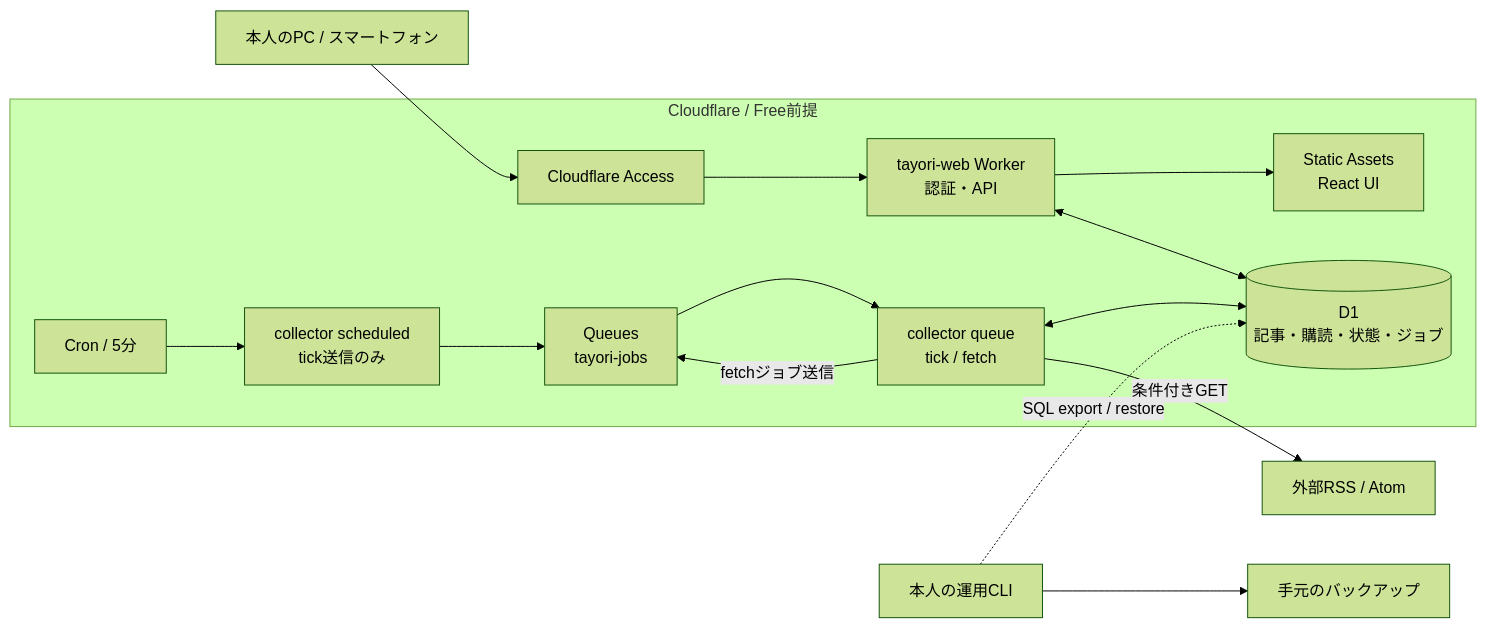
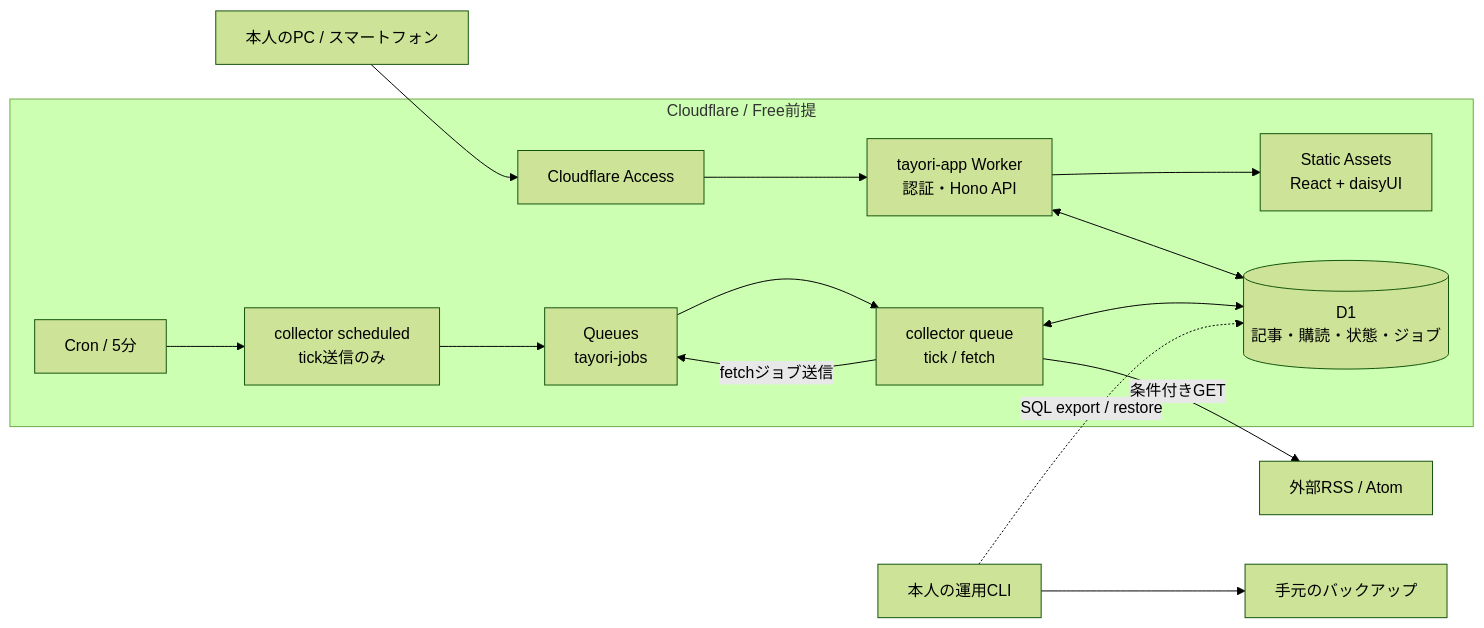
Before and after one commit to moz-sec/tayori: the diagram in docs/03-architecture.md, drawn with Mermaid (forest theme). The commit also changed other lines of this file and 42 other files, not shown here.

````diff
--- a/docs/03-architecture.md
+++ b/docs/03-architecture.md
@@ -7,23 +7,23 @@
 ```mermaid
 flowchart LR
     U["本人のPC / スマートフォン"] --> A["Cloudflare Access"]
     subgraph CF["Cloudflare / Free前提"]
-        A --> W["tayori-web Worker
-認証・API"]
+        A --> W["tayori-app Worker
+認証・Hono API"]
         W --> S["Static Assets
-React UI"]
+React + daisyUI"]
         W <--> D[("D1
 記事・購読・状態・ジョブ")]
         C["Cron / 5分"] --> H["collector scheduled
 tick送信のみ"]
         H --> Q["Queues
 tayori-jobs"]
         Q --> F["collector queue
 tick / fetch"]
         F -->|"fetchジョブ送信"| Q
         F <--> D
     end
     F -->|"条件付きGET"| E["外部RSS / Atom"]
     O["本人の運用CLI"] -. "SQL export / restore" .-> D
     O --> B["手元のバックアップ"]
 ```
````
